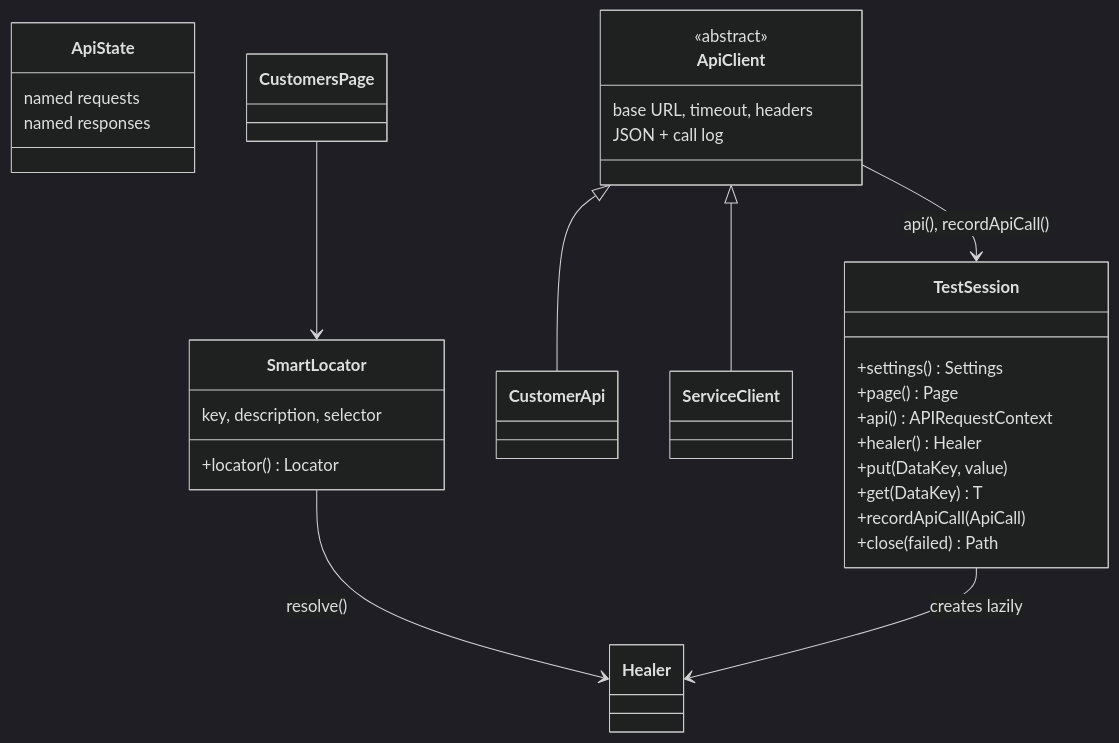
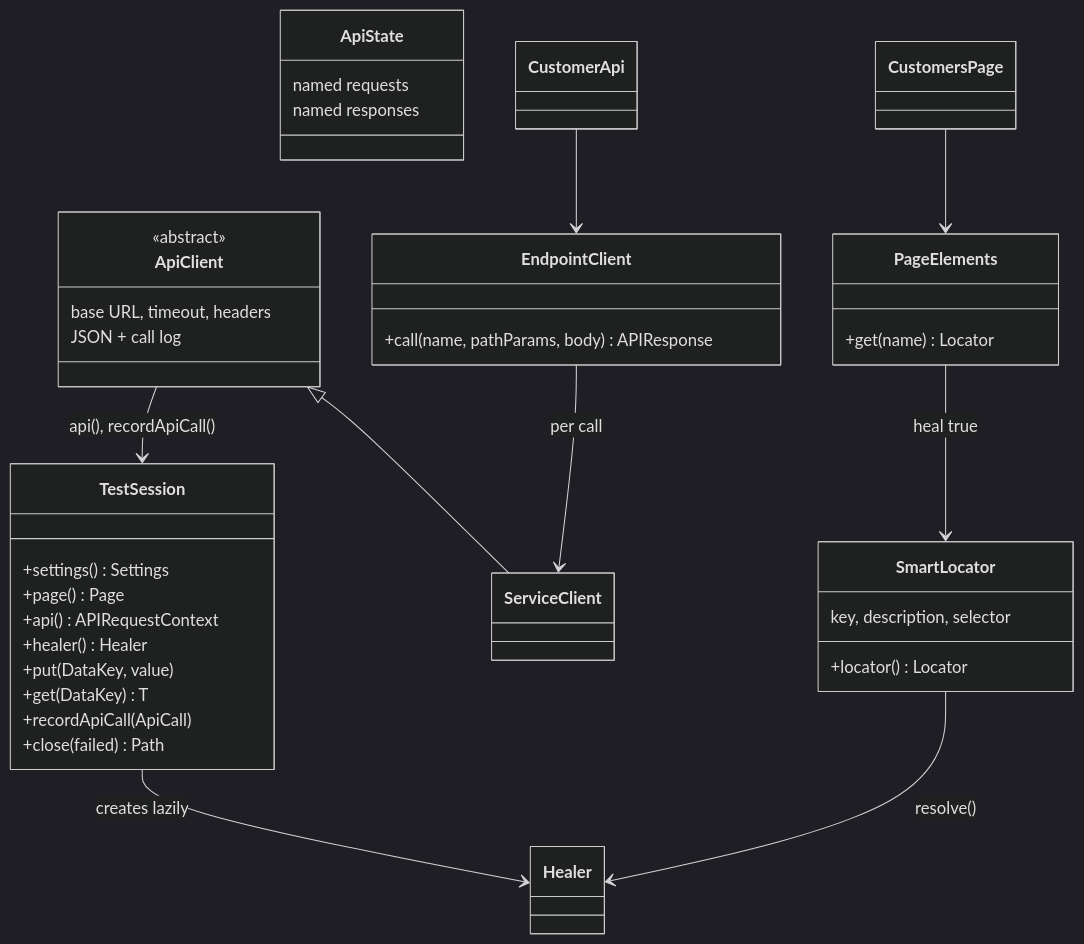
Before and after one commit to JayeshKumud/agentic-qa-java: the second of 7 diagrams in docs/architecture.md, drawn with Mermaid (dark theme). The commit also changed other lines of this file and 50 other files, not shown here.

````diff
--- a/docs/architecture.md
+++ b/docs/architecture.md
@@ -101,36 +104,44 @@
 ```mermaid
 classDiagram
     class TestSession {
         +settings() Settings
         +page() Page
         +api() APIRequestContext
         +healer() Healer
         +put(DataKey, value)
         +get(DataKey) T
         +recordApiCall(ApiCall)
         +close(failed) Path
     }
     class ApiState {
         named requests
         named responses
     }
     class ApiClient {
         <<abstract>>
         base URL, timeout, headers
         JSON + call log
     }
     class CustomerApi
     class ServiceClient
+    class EndpointClient {
+        +call(name, pathParams, body) APIResponse
+    }
     class CustomersPage
+    class PageElements {
+        +get(name) Locator
+    }
     class SmartLocator {
         key, description, selector
         +locator() Locator
     }
     class Healer
-    ApiClient <|-- CustomerApi
     ApiClient <|-- ServiceClient
+    EndpointClient --> ServiceClient : per call
+    CustomerApi --> EndpointClient
     ApiClient --> TestSession : api(), recordApiCall()
-    CustomersPage --> SmartLocator
+    CustomersPage --> PageElements
+    PageElements --> SmartLocator : heal true
     SmartLocator --> Healer : resolve()
     TestSession --> Healer : creates lazily
 ```
````
